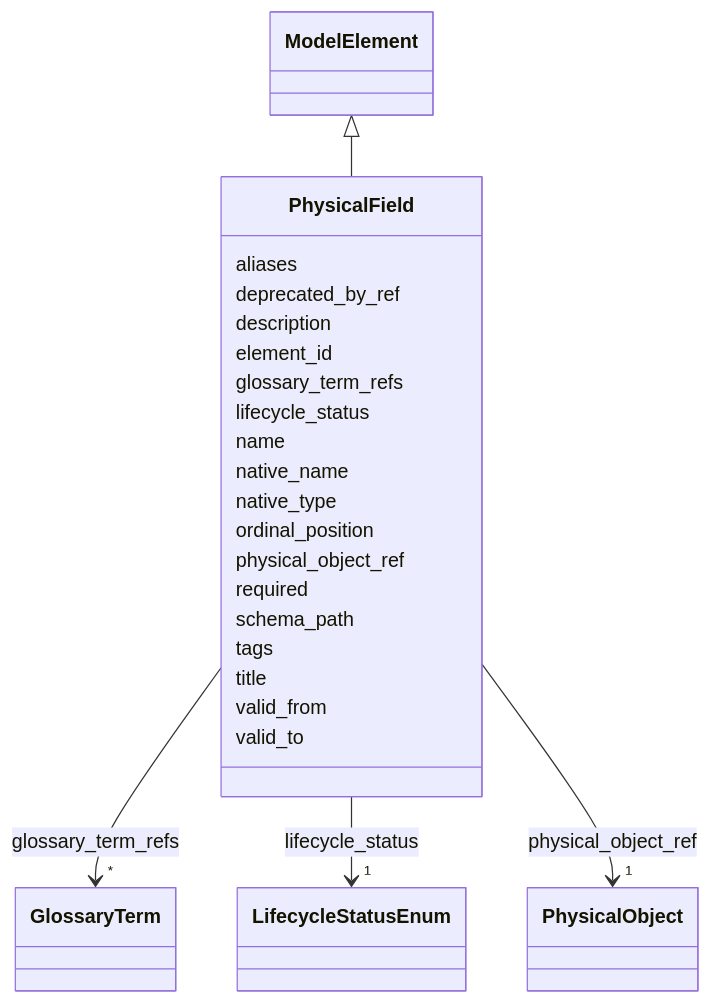
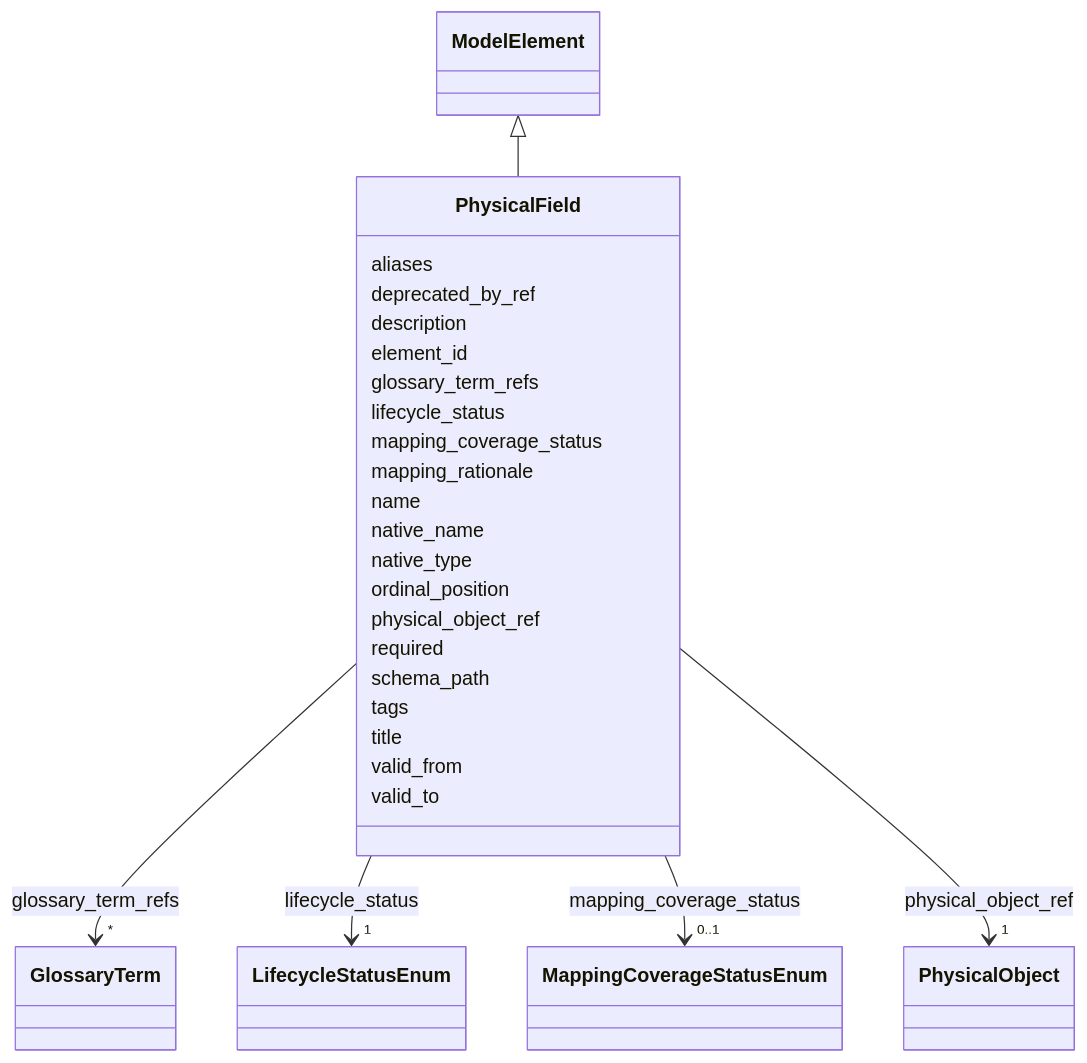
One commit to oista/moex-data-model changed the diagram in generated/artifacts/moex-dams/0.1/diagrams/PhysicalField.md. Above: the diagram before and after it, drawn with Mermaid. The commit also changed 68 other files, not shown here.

````diff
--- a/generated/artifacts/moex-dams/0.1/diagrams/PhysicalField.md
+++ b/generated/artifacts/moex-dams/0.1/diagrams/PhysicalField.md
@@ -4,70 +4,83 @@
 ```mermaid
  classDiagram
     class PhysicalField
     click PhysicalField href "../PhysicalField"
       ModelElement <|-- PhysicalField
         click ModelElement href "../ModelElement"
       
       PhysicalField : aliases
         
       PhysicalField : deprecated_by_ref
         
       PhysicalField : description
         
       PhysicalField : element_id
         
       PhysicalField : glossary_term_refs
         
           
     
         
         
         PhysicalField --> "*" GlossaryTerm : glossary_term_refs
         click GlossaryTerm href "../GlossaryTerm"
     
 
         
       PhysicalField : lifecycle_status
         
           
     
         
         
         PhysicalField --> "1" LifecycleStatusEnum : lifecycle_status
         click LifecycleStatusEnum href "../LifecycleStatusEnum"
     
 
         
+      PhysicalField : mapping_coverage_status
+        
+          
+    
+        
+        
+        PhysicalField --> "0..1" MappingCoverageStatusEnum : mapping_coverage_status
+        click MappingCoverageStatusEnum href "../MappingCoverageStatusEnum"
+    
+
+        
+      PhysicalField : mapping_rationale
+        
       PhysicalField : name
         
       PhysicalField : native_name
         
       PhysicalField : native_type
         
       PhysicalField : ordinal_position
         
       PhysicalField : physical_object_ref
         
           
     
         
         
         PhysicalField --> "1" PhysicalObject : physical_object_ref
         click PhysicalObject href "../PhysicalObject"
     
 
         
       PhysicalField : required
         
       PhysicalField : schema_path
         
       PhysicalField : tags
         
       PhysicalField : title
         
       PhysicalField : valid_from
         
       PhysicalField : valid_to
         
       
 ```
````
